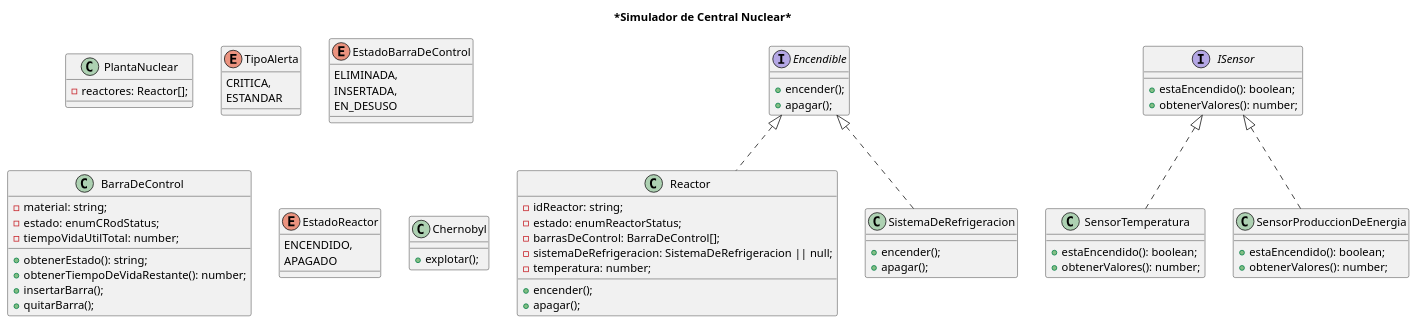
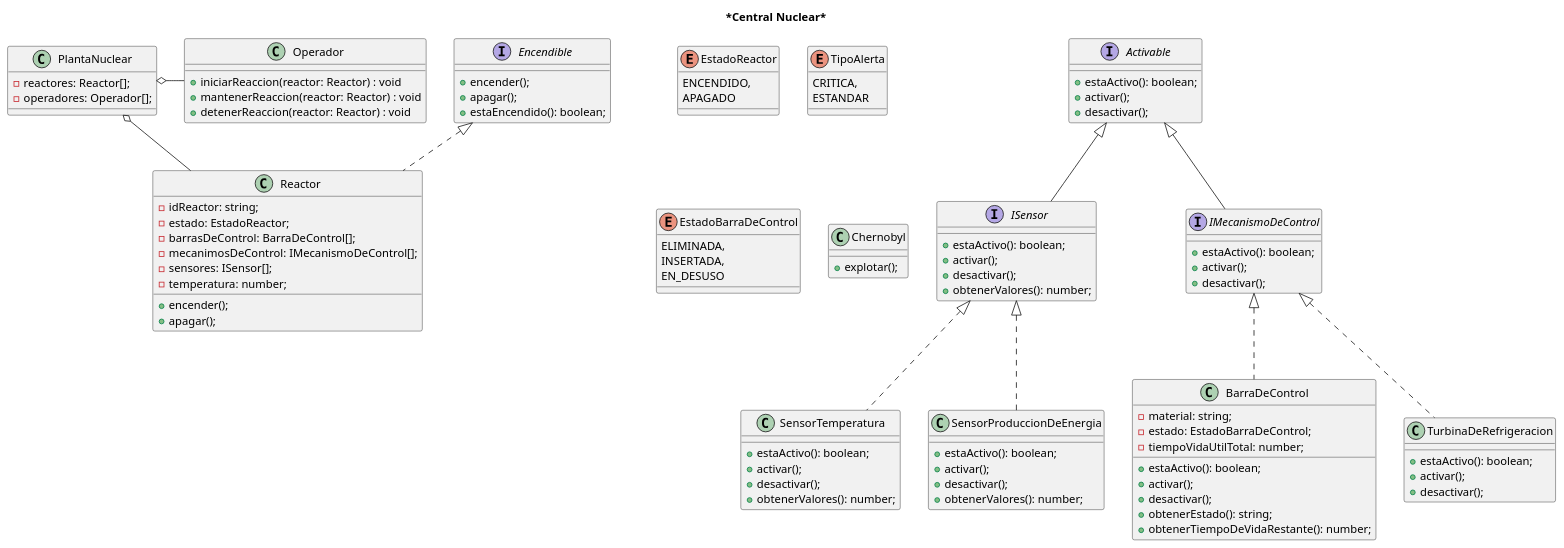
One commit to fmiguezo/reactor_nuclear changed the diagram in Diagrams/nuclearPlantDiagram.puml. Above: the diagram before and after it, drawn with PlantUML. The commit also changed 2 other files, not shown here.

Commit message:
Adding Activable Interface and updating class Reactor

```diff
--- a/Diagrams/nuclearPlantDiagram.puml
+++ b/Diagrams/nuclearPlantDiagram.puml
@@ -1,86 +1,123 @@
 @startuml
 
-title ***Simulador de Central Nuclear***
+title ***Central Nuclear***
 
 ' Planta nuclear
 class PlantaNuclear {
     - reactores: Reactor[];
+    - operadores: Operador[];
 }
 
-'Interfaces generales
-interface Encendible {
+' Reactor
+class Reactor implements Encendible {
+    - idReactor: string;
+    - estado: EstadoReactor;
+    - barrasDeControl: BarraDeControl[];
+    - mecanimosDeControl: IMecanismoDeControl[];
+    - sensores: ISensor[];
+    - temperatura: number;
     + encender();
     + apagar();
 }
 
-'Sensor general
-
-interface ISensor {
-    + estaEncendido(): boolean;
-    + obtenerValores(): number;
+enum EstadoReactor {
+    ENCENDIDO,
+    APAGADO
 }
 
 enum TipoAlerta {
     CRITICA,
     ESTANDAR
 }
 
-' Barra de control
+' Operador
+class Operador {
+    + iniciarReaccion(reactor: Reactor) : void
+    + mantenerReaccion(reactor: Reactor) : void
+    + detenerReaccion(reactor: Reactor) : void
+}
+
+'Interfaces generales
+interface Encendible {
+    + encender();
+    + apagar();
+    + estaEncendido(): boolean;
+}
+
+interface Activable {
+    + estaActivo(): boolean;
+    + activar();
+    + desactivar();
+}
+
+
+'Sensores
+interface ISensor implements Activable {
+    + estaActivo(): boolean;
+    + activar();
+    + desactivar();
+    + obtenerValores(): number;
+}
+
+class SensorTemperatura implements ISensor {
+    ' lee en °C
+    + estaActivo(): boolean;
+    + activar();
+    + desactivar();
+    + obtenerValores(): number;
+}
+
+class SensorProduccionDeEnergia implements ISensor {
+    ' lee en watts
+    + estaActivo(): boolean;
+    + activar();
+    + desactivar();
+    + obtenerValores(): number;
+}
+
+' Mecanismos de control
+interface IMecanismoDeControl implements Activable {
+    + estaActivo(): boolean;
+    + activar();
+    + desactivar();
+}
+
+'' Barra de control
+class BarraDeControl implements IMecanismoDeControl {
+    - material: string;
+    - estado: EstadoBarraDeControl;
+    - tiempoVidaUtilTotal: number;
+    + estaActivo(): boolean;
+    'insertar barra
+    + activar(); 
+    ' quitar barra
+    + desactivar(); 
+    + obtenerEstado(): string;
+    + obtenerTiempoDeVidaRestante(): number;
+}
+
 enum EstadoBarraDeControl {
     ELIMINADA,
     INSERTADA,
     EN_DESUSO
 }
 
-class BarraDeControl {
-    - material: string;
-    - estado: enumCRodStatus;
-    - tiempoVidaUtilTotal: number;
-    + obtenerEstado(): string;
-    + obtenerTiempoDeVidaRestante(): number;
-    + insertarBarra();
-    + quitarBarra();
+'' Turbina de refrigeración
+class TurbinaDeRefrigeracion implements IMecanismoDeControl {
+    + estaActivo(): boolean;
+    + activar(); 
+    + desactivar(); 
 }
 
-' Reactor
-
-enum EstadoReactor {
-    ENCENDIDO,
-    APAGADO
-}
-
-class Reactor implements Encendible {
-    - idReactor: string;
-    - estado: enumReactorStatus;
-    - barrasDeControl: BarraDeControl[];
-    - sistemaDeRefrigeracion: SistemaDeRefrigeracion || null;
-    - temperatura: number;
-    + encender();
-    + apagar();
-}
-
-'' Sistema de refrigeración
-class SistemaDeRefrigeracion implements Encendible {
-    + encender();
-    + apagar();
-}
-
-class SensorTemperatura implements ISensor {
-    ' lee en °C
-    + estaEncendido(): boolean;
-    + obtenerValores(): number;
-}
-
-class SensorProduccionDeEnergia implements ISensor {
-    ' lee en watts
-    + estaEncendido(): boolean;
-    + obtenerValores(): number;
-}
 
 ' Easter egg...
 
 class Chernobyl {
     + explotar();
 }
 
+'Relaciones
+Reactor -u-o PlantaNuclear
+Operador -l-o PlantaNuclear
+
 @enduml
```
